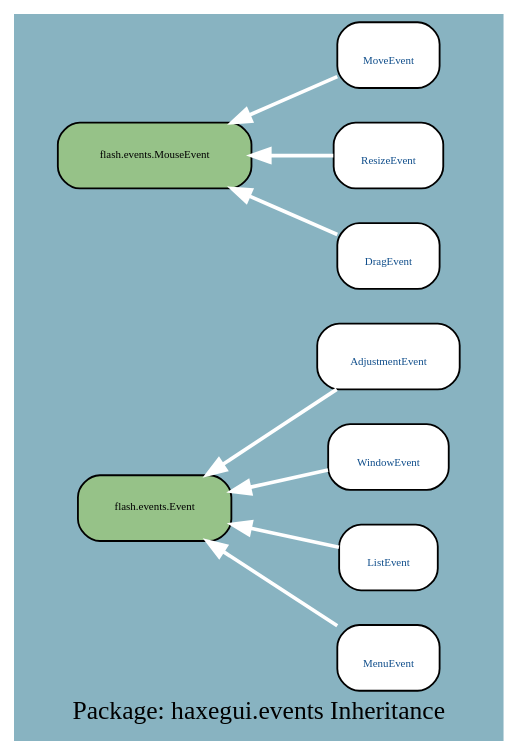
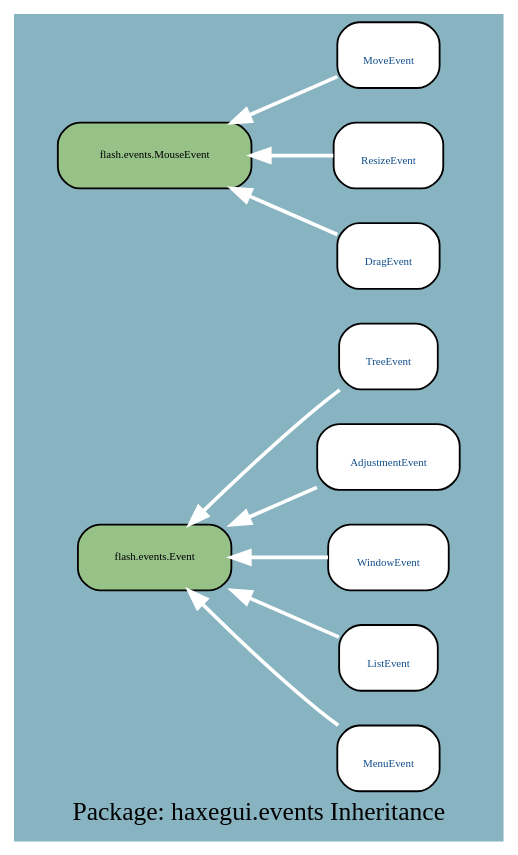
Before and after one commit to google-code-export/haxegui: the diagram in docs/uml/haxegui.events_I.dot, drawn with Graphviz. The commit also changed 160 other files, not shown here.

```diff
--- a/docs/uml/haxegui.events_I.dot
+++ b/docs/uml/haxegui.events_I.dot
@@ -1,23 +1,25 @@
 digraph uml {
 	graph [label="Package: haxegui.events Inheritance", ratio=compress, rankdir=RL, smoothing=avg_dist, overlap=compress, packMode="graph", labelloc=c, fontname="DejaVu Sans Condenesed", fontsize=14, bgcolor="#88B3C1", fontcolor=black];
 	node [label="\N", style="rounded,filled", fillcolor="#96c288", fontcolor="#104E8B", fontname="FFF Harmony", fontsize=6, shape=record, color=black];
 	edge [fontname=Sans, fontsize=8, minlen="1.2", color=black, fontcolor=black];
 	graph [lp="135,12",
-		bb="0,0,270,385"];
+		bb="0,0,270,439"];
+	"haxegui.events.TreeEvent" [label="{\nTreeEvent}", fillcolor=white, URL="../types/haxegui/events/TreeEvent.html", tooltip="\nTreeEvent", portPos=w, pos="207,259", rects="180,241,235,277", width="0.75", height="0.50"];
+	"flash.events.Event" [fontcolor=black, pos="77,151", rects="35,133,119,169", width="1.17", height="0.50"];
 	"haxegui.events.AdjustmentEvent" [label="{\nAdjustmentEvent}", fillcolor=white, URL="../types/haxegui/events/AdjustmentEvent.html", tooltip="\nAdjustmentEvent", portPos=w, pos="207,205", rects="168,187,247,223", width="1.08", height="0.50"];
-	"flash.events.Event" [fontcolor=black, pos="77,124", rects="35,106,119,142", width="1.17", height="0.50"];
 	"haxegui.events.WindowEvent" [label="{\nWindowEvent}", fillcolor=white, URL="../types/haxegui/events/WindowEvent.html", tooltip="\nWindowEvent", portPos=w, pos="207,151", rects="174,133,240,169", width="0.92", height="0.50"];
-	"haxegui.events.MoveEvent" [label="{\nMoveEvent}", fillcolor=white, URL="../types/haxegui/events/MoveEvent.html", tooltip="\nMoveEvent", portPos=w, pos="207,367", rects="179,349,236,385", width="0.78", height="0.50"];
-	"flash.events.MouseEvent" [fontcolor=black, pos="77,313", rects="24,295,131,331", width="1.47", height="0.50"];
+	"haxegui.events.MoveEvent" [label="{\nMoveEvent}", fillcolor=white, URL="../types/haxegui/events/MoveEvent.html", tooltip="\nMoveEvent", portPos=w, pos="207,421", rects="179,403,236,439", width="0.78", height="0.50"];
+	"flash.events.MouseEvent" [fontcolor=black, pos="77,367", rects="24,349,131,385", width="1.47", height="0.50"];
 	"haxegui.events.ListEvent" [label="{\nListEvent}", fillcolor=white, URL="../types/haxegui/events/ListEvent.html", tooltip="\nListEvent", portPos=w, pos="207,97", rects="180,79,234,115", width="0.75", height="0.50"];
 	"haxegui.events.MenuEvent" [label="{\nMenuEvent}", fillcolor=white, URL="../types/haxegui/events/MenuEvent.html", tooltip="\nMenuEvent", portPos=w, pos="207,43", rects="179,25,236,61", width="0.78", height="0.50"];
-	"haxegui.events.ResizeEvent" [label="{\nResizeEvent}", fillcolor=white, URL="../types/haxegui/events/ResizeEvent.html", tooltip="\nResizeEvent", portPos=w, pos="207,313", rects="177,295,238,331", width="0.83", height="0.50"];
-	"haxegui.events.DragEvent" [label="{\nDragEvent}", fillcolor=white, URL="../types/haxegui/events/DragEvent.html", tooltip="\nDragEvent", portPos=w, pos="207,259", rects="179,241,235,277", width="0.78", height="0.50"];
-	"haxegui.events.AdjustmentEvent" -> "flash.events.Event" [color=white, style=bold, arrowhead=normal, arrowsize="1.0", pos="e,106,142 178,187 159,176 134,161 114,148"];
-	"haxegui.events.WindowEvent" -> "flash.events.Event" [color=white, style=bold, arrowhead=normal, arrowsize="1.0", pos="e,119,133 174,144 160,142 144,138 129,135"];
-	"haxegui.events.MoveEvent" -> "flash.events.MouseEvent" [color=white, style=bold, arrowhead=normal, arrowsize="1.0", pos="e,121,331 179,355 165,349 147,342 131,335"];
-	"haxegui.events.ListEvent" -> "flash.events.Event" [color=white, style=bold, arrowhead=normal, arrowsize="1.0", pos="e,119,115 180,103 165,106 146,110 129,113"];
-	"haxegui.events.MenuEvent" -> "flash.events.Event" [color=white, style=bold, arrowhead=normal, arrowsize="1.0", pos="e,106,106 179,61 161,72 135,88 115,101"];
-	"haxegui.events.ResizeEvent" -> "flash.events.MouseEvent" [color=white, style=bold, arrowhead=normal, arrowsize="1.0", pos="e,131,313 177,313 166,313 154,313 141,313"];
-	"haxegui.events.DragEvent" -> "flash.events.MouseEvent" [color=white, style=bold, arrowhead=normal, arrowsize="1.0", pos="e,121,295 179,271 165,277 147,284 131,291"];
+	"haxegui.events.ResizeEvent" [label="{\nResizeEvent}", fillcolor=white, URL="../types/haxegui/events/ResizeEvent.html", tooltip="\nResizeEvent", portPos=w, pos="207,367", rects="177,349,238,385", width="0.83", height="0.50"];
+	"haxegui.events.DragEvent" [label="{\nDragEvent}", fillcolor=white, URL="../types/haxegui/events/DragEvent.html", tooltip="\nDragEvent", portPos=w, pos="207,313", rects="179,295,235,331", width="0.78", height="0.50"];
+	"haxegui.events.TreeEvent" -> "flash.events.Event" [color=white, style=bold, arrowhead=normal, arrowsize="1.0", pos="e,95,169 180,242 175,239 171,235 167,232 144,215 120,193 103,176"];
+	"haxegui.events.AdjustmentEvent" -> "flash.events.Event" [color=white, style=bold, arrowhead=normal, arrowsize="1.0", pos="e,119,169 168,189 156,184 142,178 129,173"];
+	"haxegui.events.WindowEvent" -> "flash.events.Event" [color=white, style=bold, arrowhead=normal, arrowsize="1.0", pos="e,119,151 174,151 160,151 144,151 129,151"];
+	"haxegui.events.MoveEvent" -> "flash.events.MouseEvent" [color=white, style=bold, arrowhead=normal, arrowsize="1.0", pos="e,121,385 179,409 165,403 147,396 131,389"];
+	"haxegui.events.ListEvent" -> "flash.events.Event" [color=white, style=bold, arrowhead=normal, arrowsize="1.0", pos="e,119,133 180,108 165,114 146,122 129,129"];
+	"haxegui.events.MenuEvent" -> "flash.events.Event" [color=white, style=bold, arrowhead=normal, arrowsize="1.0", pos="e,96,133 179,61 175,64 171,67 167,70 144,88 120,109 103,126"];
+	"haxegui.events.ResizeEvent" -> "flash.events.MouseEvent" [color=white, style=bold, arrowhead=normal, arrowsize="1.0", pos="e,131,367 177,367 166,367 154,367 141,367"];
+	"haxegui.events.DragEvent" -> "flash.events.MouseEvent" [color=white, style=bold, arrowhead=normal, arrowsize="1.0", pos="e,121,349 179,325 165,331 147,338 131,345"];
 }
```
